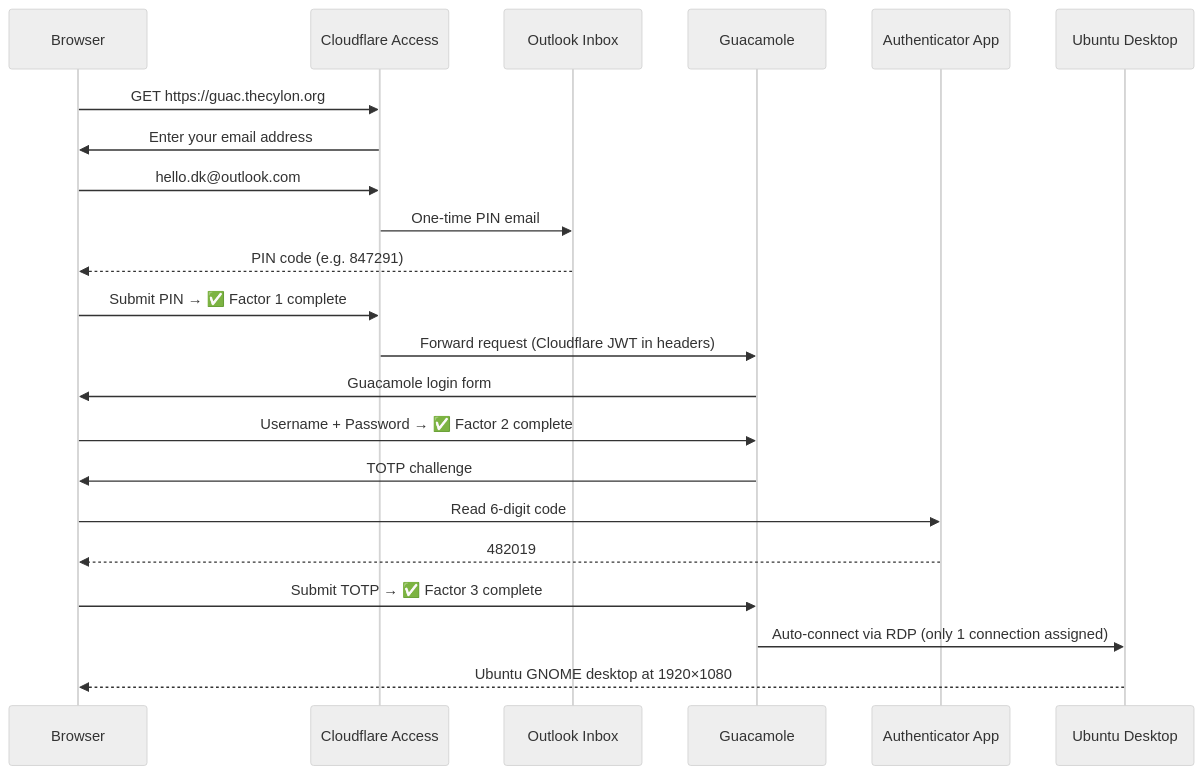
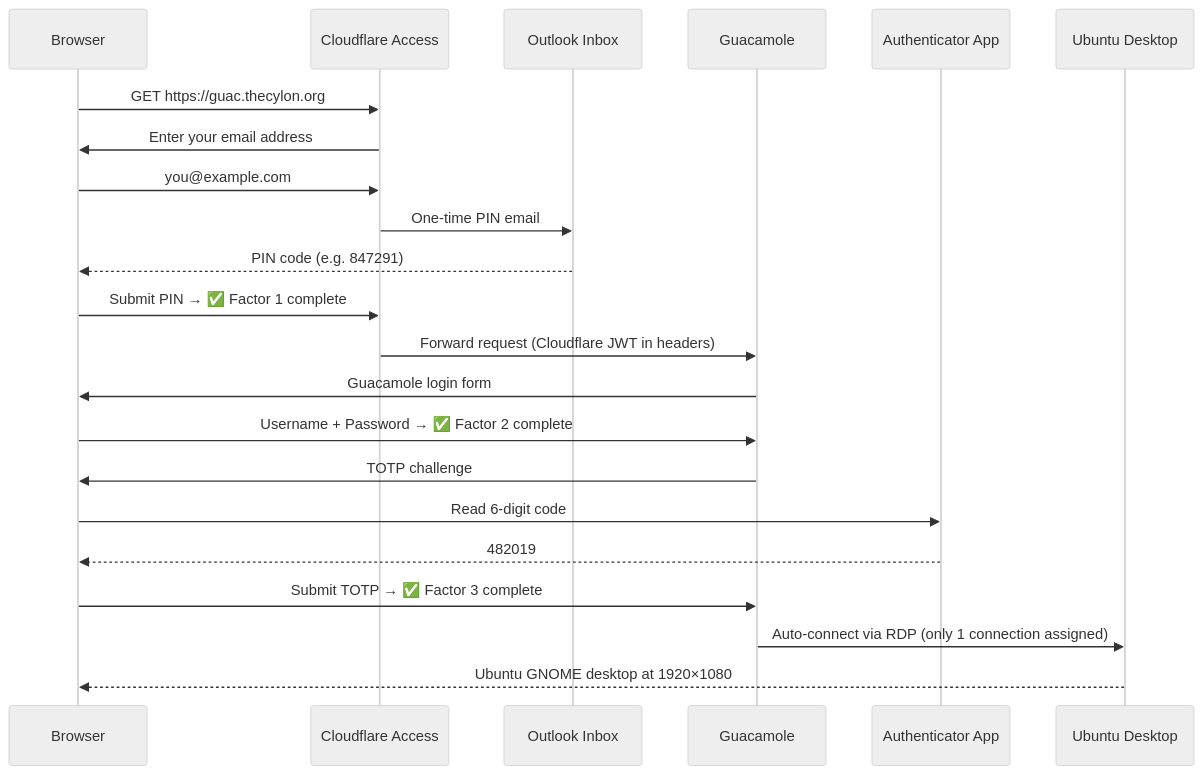
Before and after one commit to hellodk/cfpages: the second of 5 diagrams in src/content/blog/browser-rdp-zero-ports.md, drawn with Mermaid (neutral theme). The commit also changed 10 other files, not shown here.

````diff
--- a/src/content/blog/browser-rdp-zero-ports.md
+++ b/src/content/blog/browser-rdp-zero-ports.md
@@ -63,25 +63,25 @@
 ```mermaid
 sequenceDiagram
     participant B as Browser
     participant CF as Cloudflare Access
     participant OL as Outlook Inbox
     participant GUA as Guacamole
     participant AUTH as Authenticator App
     participant RDP as Ubuntu Desktop
 
     B->>CF: GET https://guac.thecylon.org
     CF->>B: Enter your email address
-    B->>CF: hello.dk@outlook.com
+    B->>CF: you@example.com
     CF->>OL: One-time PIN email
     OL-->>B: PIN code (e.g. 847291)
     B->>CF: Submit PIN → ✅ Factor 1 complete
     CF->>GUA: Forward request (Cloudflare JWT in headers)
     GUA->>B: Guacamole login form
     B->>GUA: Username + Password → ✅ Factor 2 complete
     GUA->>B: TOTP challenge
     B->>AUTH: Read 6-digit code
     AUTH-->>B: 482019
     B->>GUA: Submit TOTP → ✅ Factor 3 complete
     GUA->>RDP: Auto-connect via RDP (only 1 connection assigned)
     RDP-->>B: Ubuntu GNOME desktop at 1920×1080
 ```
````
